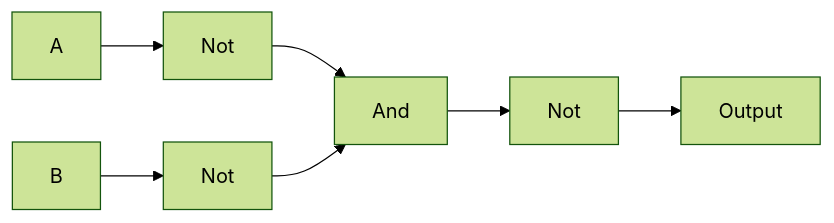
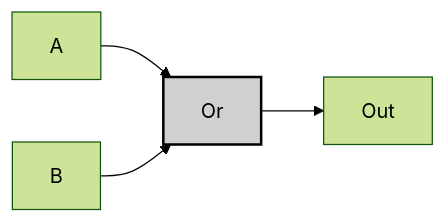
Before and after one commit to MeJamoLeo/Vault_Templates: the first of 2 diagrams in 99_Projects/Nand2Tetris/HackHDL/03_Or.md, drawn with Mermaid (forest theme). The commit also changed other lines of this file and 13 other files, not shown here.

````diff
--- a/99_Projects/Nand2Tetris/HackHDL/03_Or.md
+++ b/99_Projects/Nand2Tetris/HackHDL/03_Or.md
@@ -85,11 +79,8 @@
 ```mermaid
 graph LR;
-    A["A"] --> NotA["Not"];
-    B["B"] --> NotB["Not"];
-    NotA --> AndGate["And"];
-    NotB --> AndGate;
-    AndGate --> NotOut["Not"];
-    NotOut --> OUT["Output"];
+    A["A"] --> OrGate["Or"]:::gate;
+    B["B"] --> OrGate;
+    OrGate --> OUT["Out"];
     
     classDef gate fill:#d0d0d0,stroke:#000,stroke-width:2px;
 ```
````
